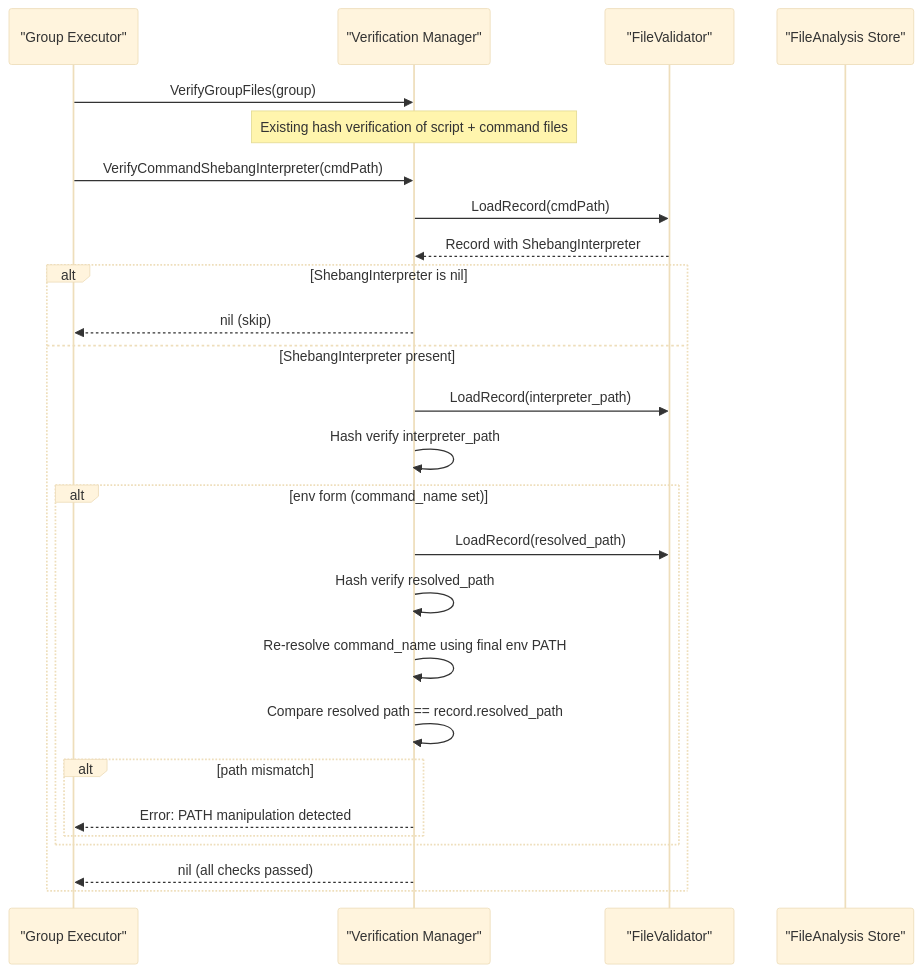
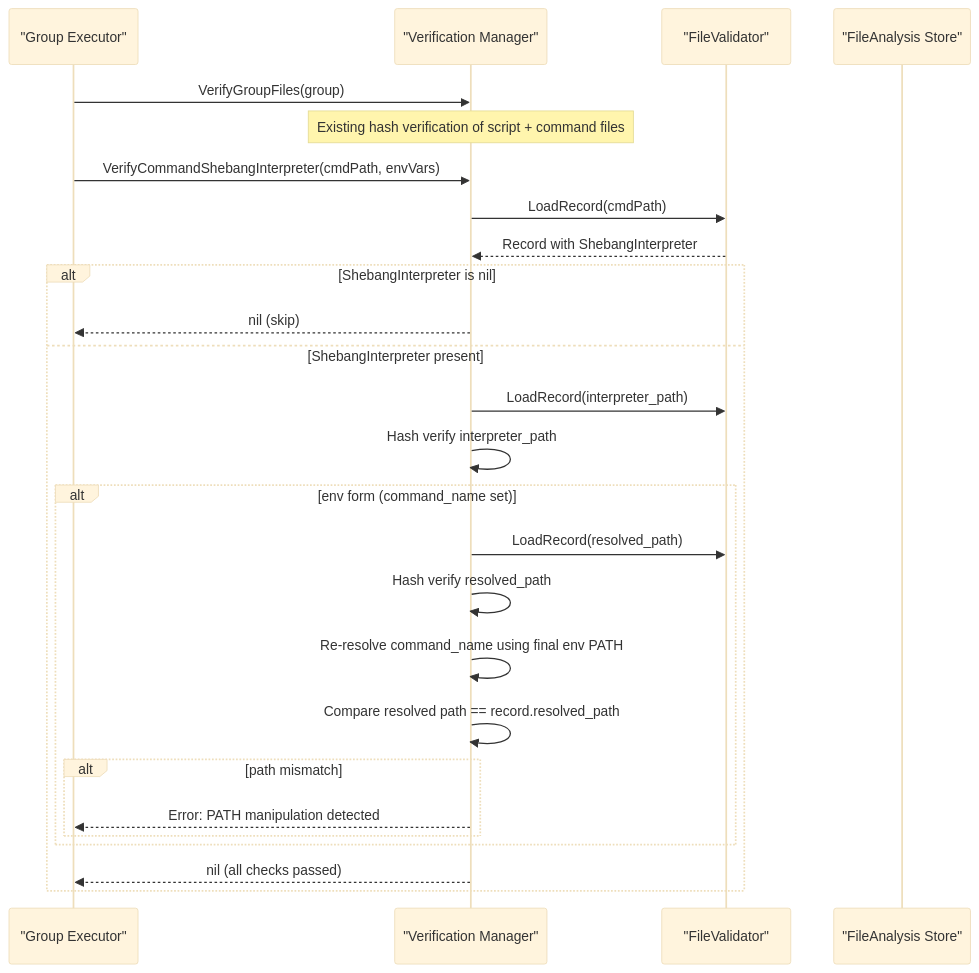
One commit to isseis/go-safe-cmd-runner changed the fifth of 7 diagrams in docs/tasks/0083_shebang_interpreter_tracking/02_architecture.md. Above: the diagram before and after it, drawn with Mermaid (base theme).

Commit message:
docs: add envVars parameter to VerifyCommandShebangInterpreter in sequence diagram

````diff
--- a/docs/tasks/0083_shebang_interpreter_tracking/02_architecture.md
+++ b/docs/tasks/0083_shebang_interpreter_tracking/02_architecture.md
@@ -135,32 +135,32 @@
 ```mermaid
 sequenceDiagram
     participant GE as "Group Executor"
     participant VM as "Verification Manager"
     participant FV as "FileValidator"
     participant STORE as "FileAnalysis Store"
 
     GE->>VM: VerifyGroupFiles(group)
     Note over VM: Existing hash verification of script + command files
 
-    GE->>VM: VerifyCommandShebangInterpreter(cmdPath)
+    GE->>VM: VerifyCommandShebangInterpreter(cmdPath, envVars)
     VM->>FV: LoadRecord(cmdPath)
     FV-->>VM: Record with ShebangInterpreter
 
     alt ShebangInterpreter is nil
         VM-->>GE: nil (skip)
     else ShebangInterpreter present
         VM->>FV: LoadRecord(interpreter_path)
         VM->>VM: Hash verify interpreter_path
 
         alt env form (command_name set)
             VM->>FV: LoadRecord(resolved_path)
             VM->>VM: Hash verify resolved_path
             VM->>VM: Re-resolve command_name using final env PATH
             VM->>VM: Compare resolved path == record.resolved_path
             alt path mismatch
                 VM-->>GE: Error: PATH manipulation detected
             end
         end
         VM-->>GE: nil (all checks passed)
     end
 ```
````
